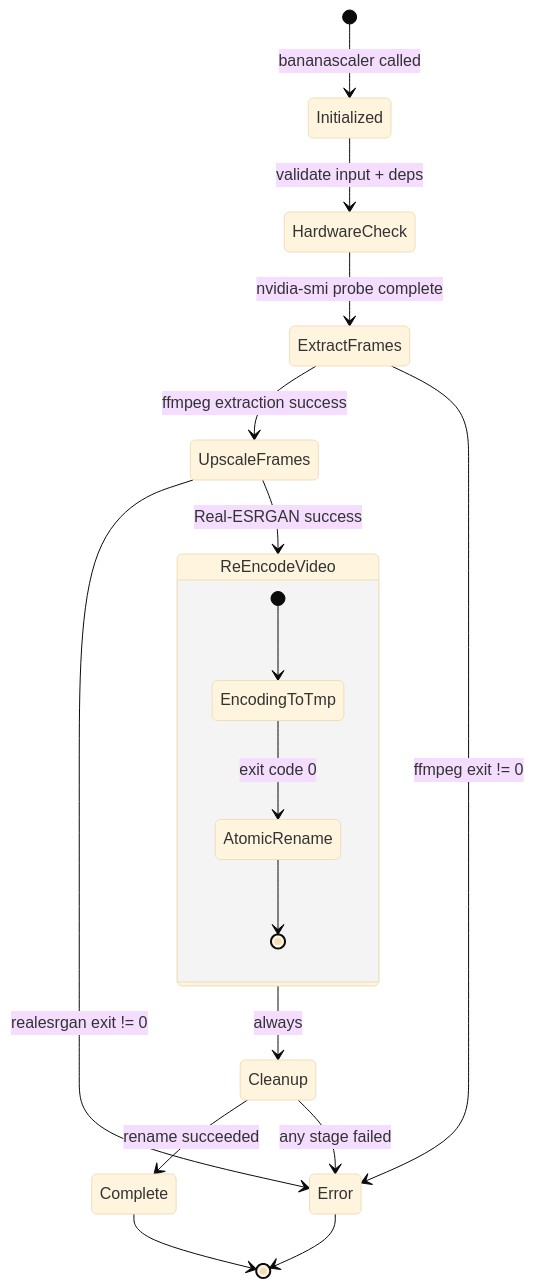
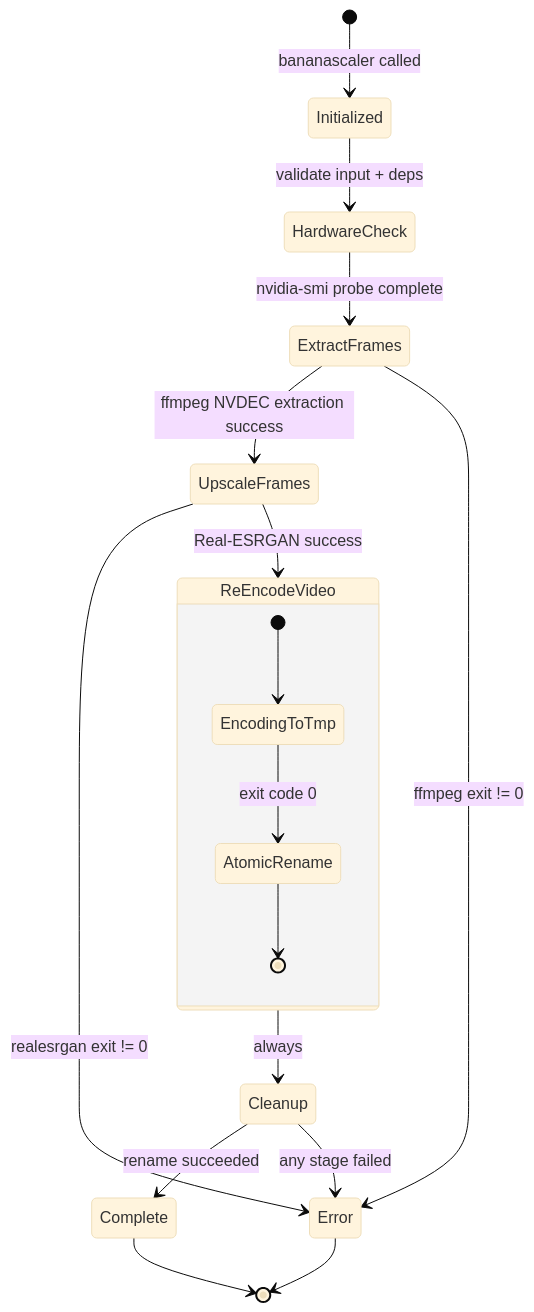
The diagram in README.md (julesklord/bananascaler), drawn with Mermaid (base theme) before and after one commit. The commit also changed other lines of this file and 13 other files, not shown here.

````diff
--- a/README.md
+++ b/README.md
@@ -173,23 +186,23 @@
 ```mermaid
 stateDiagram-v2
     [*] --> Initialized : bananascaler called
     Initialized --> HardwareCheck : validate input + deps
     HardwareCheck --> ExtractFrames : nvidia-smi probe complete
-    ExtractFrames --> UpscaleFrames : ffmpeg extraction success
+    ExtractFrames --> UpscaleFrames : ffmpeg NVDEC extraction success
     UpscaleFrames --> ReEncodeVideo : Real-ESRGAN success
 
     state ReEncodeVideo {
         [*] --> EncodingToTmp
         EncodingToTmp --> AtomicRename : exit code 0
         AtomicRename --> [*]
     }
 
     ReEncodeVideo --> Cleanup : always
     Cleanup --> Complete : rename succeeded
     Cleanup --> Error : any stage failed
 
     ExtractFrames --> Error : ffmpeg exit != 0
     UpscaleFrames --> Error : realesrgan exit != 0
     Error --> [*]
     Complete --> [*]
 ```
````
